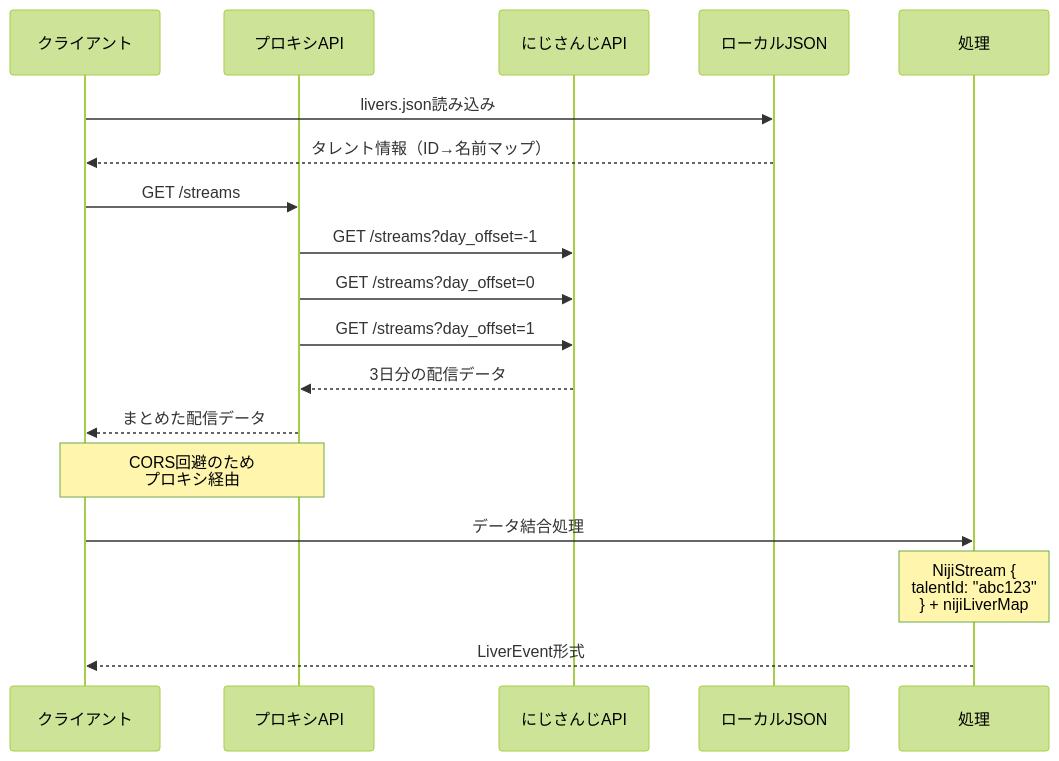
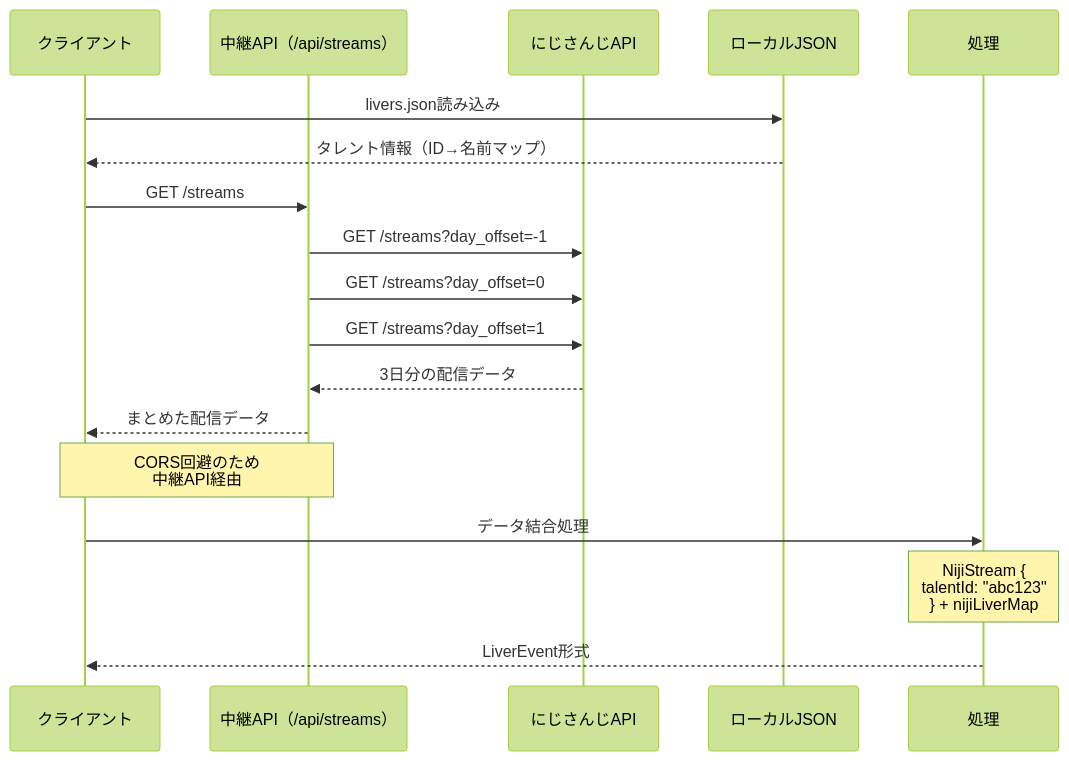
Before and after one commit to miyaoka/liver-streams: the third of 4 diagrams in docs/external-api.md, drawn with Mermaid (forest theme). The commit also changed other lines of this file and 3 other files, not shown here.

````diff
--- a/docs/external-api.md
+++ b/docs/external-api.md
@@ -51,23 +51,23 @@
 ```mermaid
 sequenceDiagram
     participant C as クライアント
-    participant P as プロキシAPI
+    participant P as 中継API（/api/streams）
     participant N as にじさんじAPI
     participant L as ローカルJSON
     participant PR as 処理
 
     C->>L: livers.json読み込み
     L-->>C: タレント情報（ID→名前マップ）
 
     C->>P: GET /streams
     P->>N: GET /streams?day_offset=-1
     P->>N: GET /streams?day_offset=0
     P->>N: GET /streams?day_offset=1
     N-->>P: 3日分の配信データ
     P-->>C: まとめた配信データ
-    Note over P,C: CORS回避のため<br/>プロキシ経由
+    Note over P,C: CORS回避のため<br/>中継API経由
 
     C->>PR: データ結合処理
     Note over PR: NijiStream {<br/>  talentId: "abc123"<br/>} + nijiLiverMap
     PR-->>C: LiverEvent形式
 ```
````
